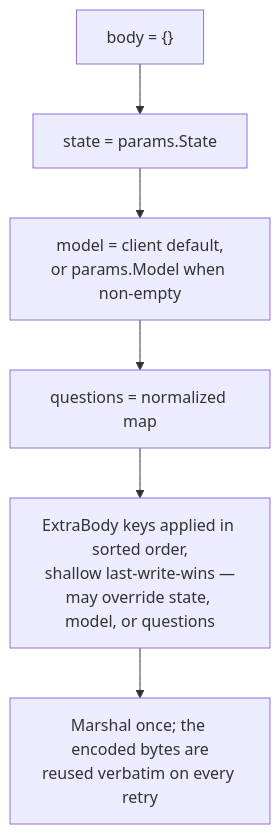
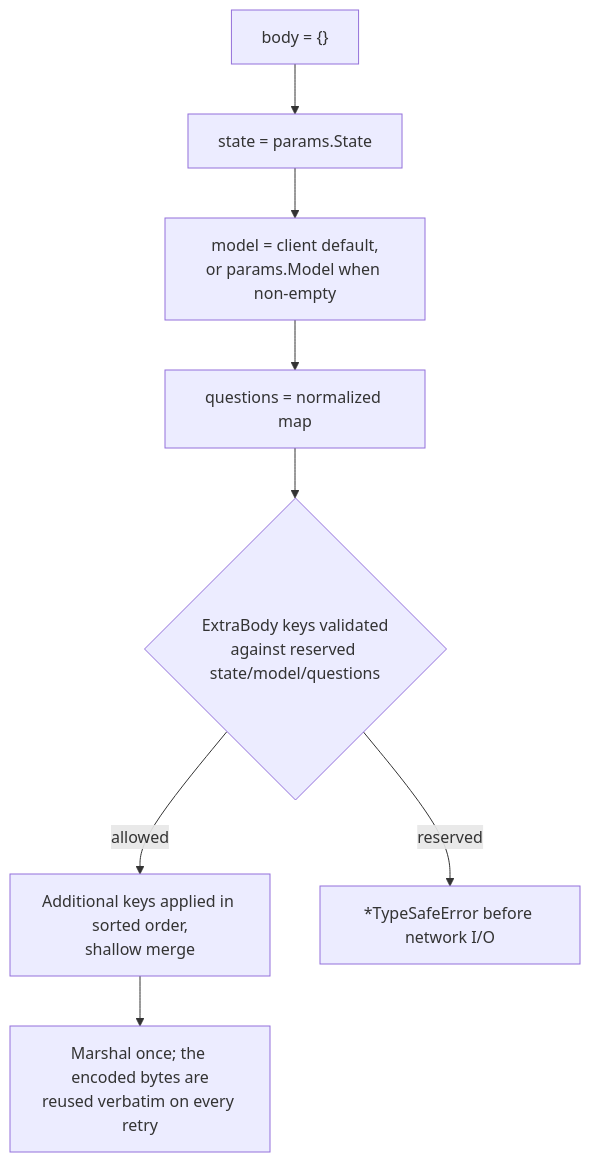
Before and after one commit to captain-corgi/typesafe-sdk-go: the third of 3 diagrams in docs/wire-protocol.md, drawn with Mermaid. The commit also changed other lines of this file and 23 other files, not shown here.

````diff
--- a/docs/wire-protocol.md
+++ b/docs/wire-protocol.md
@@ -55,8 +55,10 @@
 ```mermaid
 flowchart TB
     b0["body = {}"] --> b1["state = params.State"]
     b1 --> b2["model = client default,<br>or params.Model when non-empty"]
     b2 --> b3["questions = normalized map"]
-    b3 --> b4["ExtraBody keys applied in sorted order,<br>shallow last-write-wins —<br>may override state, model, or questions"]
-    b4 --> b5["Marshal once; the encoded bytes are<br>reused verbatim on every retry"]
+    b3 --> b4{"ExtraBody keys validated<br>against reserved state/model/questions"}
+    b4 -->|allowed| b5["Additional keys applied in sorted order,<br>shallow merge"]
+    b4 -->|reserved| bx["*TypeSafeError before network I/O"]
+    b5 --> b6["Marshal once; the encoded bytes are<br>reused verbatim on every retry"]
 ```
````
